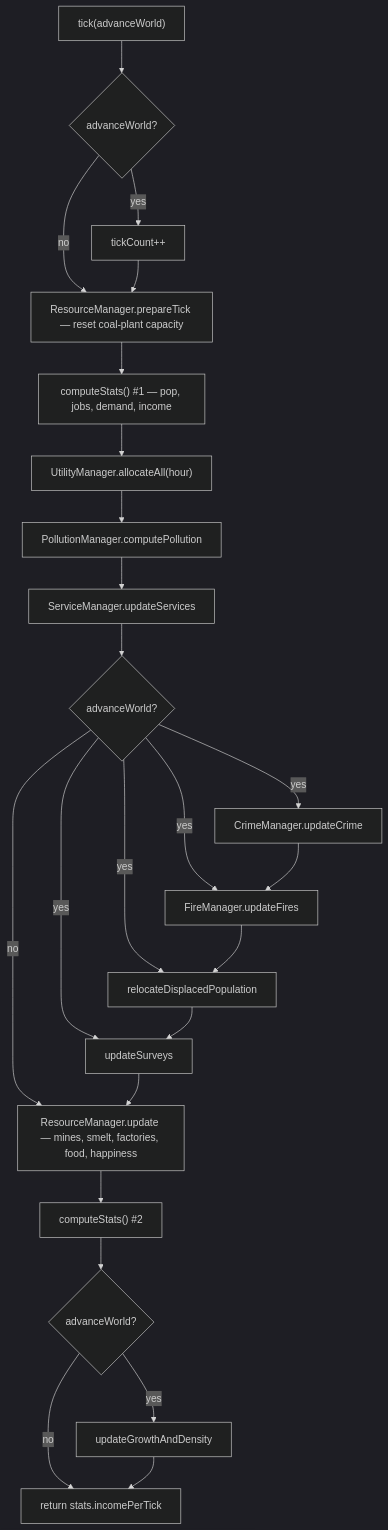
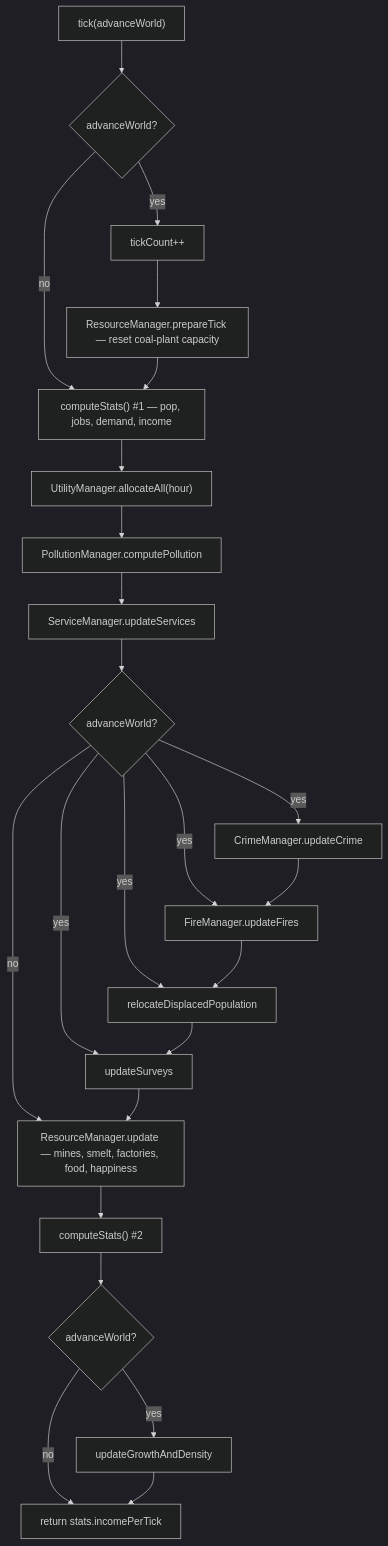
Before and after one commit to Havoc302/rts-web-game: the second of 3 diagrams in docs/DESIGN.md, drawn with Mermaid (dark theme). The commit also changed other lines of this file and 2 other files, not shown here.

````diff
--- a/docs/DESIGN.md
+++ b/docs/DESIGN.md
@@ -221,23 +221,23 @@
 ```mermaid
 flowchart TD
   T["tick(advanceWorld)"] --> INC{"advanceWorld?"}
   INC -->|yes| TC["tickCount++"]
-  INC -->|no| PREP
+  INC -->|no| S1
   TC --> PREP["ResourceManager.prepareTick — reset coal-plant capacity"]
   PREP --> S1["computeStats() #1 — pop, jobs, demand, income"]
   S1 --> U["UtilityManager.allocateAll(hour)"]
   U --> P["PollutionManager.computePollution"]
   P --> SVC["ServiceManager.updateServices"]
   SVC --> ADV{"advanceWorld?"}
   ADV -->|yes| CR["CrimeManager.updateCrime"]
   ADV -->|yes| FI["FireManager.updateFires"]
   ADV -->|yes| REL["relocateDisplacedPopulation"]
   ADV -->|yes| SUR["updateSurveys"]
   ADV -->|no| RES
   CR --> FI --> REL --> SUR --> RES["ResourceManager.update — mines, smelt, factories, food, happiness"]
   RES --> S2["computeStats() #2"]
   S2 --> GR{"advanceWorld?"}
   GR -->|yes| GROW["updateGrowthAndDensity"]
   GR -->|no| RET
   GROW --> RET["return stats.incomePerTick"]
 ```
````
